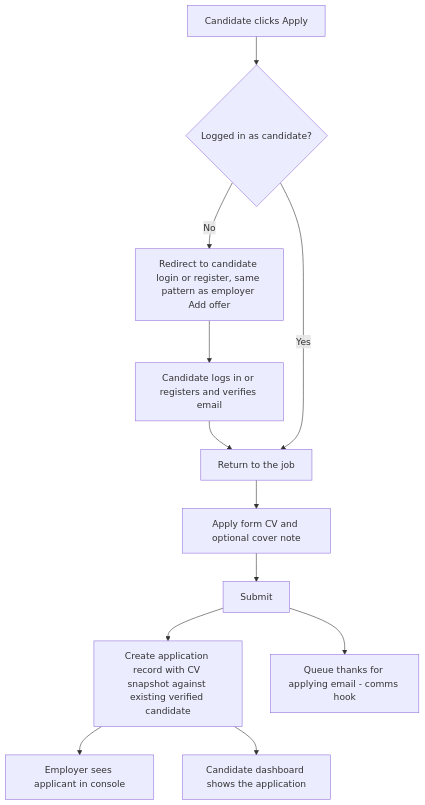
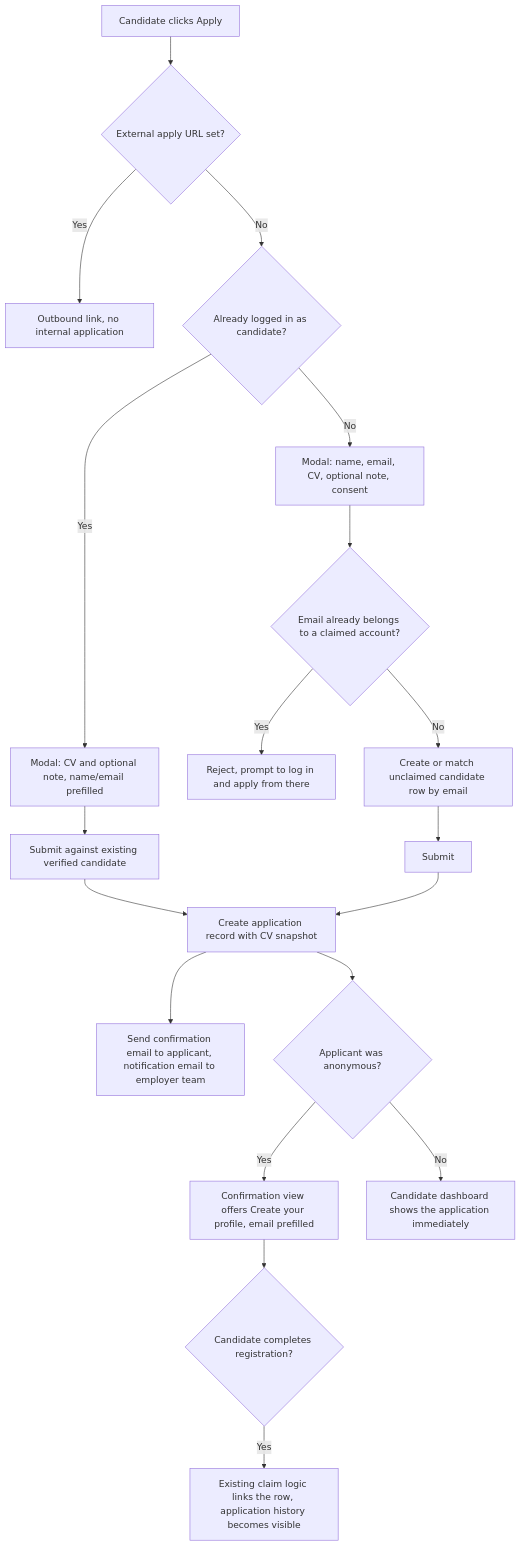
The diagram in docs/flows/flow-b-apply-account.mmd (PABCon/soit), drawn with Mermaid before and after one commit. The commit also changed 22 other files, not shown here.

```diff
--- a/docs/flows/flow-b-apply-account.mmd
+++ b/docs/flows/flow-b-apply-account.mmd
@@ -1,12 +1,19 @@
 flowchart TD
-    A[Candidate clicks Apply] --> B{Logged in as candidate?}
-    B -->|No| C[Redirect to candidate login or register, same pattern as employer Add offer]
-    C --> D[Candidate logs in or registers and verifies email]
-    D --> E[Return to the job]
-    B -->|Yes| E
-    E --> F[Apply form CV and optional cover note]
-    F --> G[Submit]
-    G --> H[Create application record with CV snapshot against existing verified candidate]
-    G --> L[Queue thanks for applying email - comms hook]
-    H --> I[Employer sees applicant in console]
-    H --> J[Candidate dashboard shows the application]
+    A[Candidate clicks Apply] --> B{External apply URL set?}
+    B -->|Yes| B2[Outbound link, no internal application]
+    B -->|No| C{Already logged in as candidate?}
+    C -->|Yes| D[Modal: CV and optional note, name/email prefilled]
+    C -->|No| E[Modal: name, email, CV, optional note, consent]
+    D --> F[Submit against existing verified candidate]
+    E --> G{Email already belongs to a claimed account?}
+    G -->|Yes| H[Reject, prompt to log in and apply from there]
+    G -->|No| I[Create or match unclaimed candidate row by email]
+    I --> J[Submit]
+    F --> K[Create application record with CV snapshot]
+    J --> K
+    K --> L[Send confirmation email to applicant, notification email to employer team]
+    K --> M{Applicant was anonymous?}
+    M -->|Yes| N[Confirmation view offers Create your profile, email prefilled]
+    M -->|No| O[Candidate dashboard shows the application immediately]
+    N --> P{Candidate completes registration?}
+    P -->|Yes| Q[Existing claim logic links the row, application history becomes visible]
```
